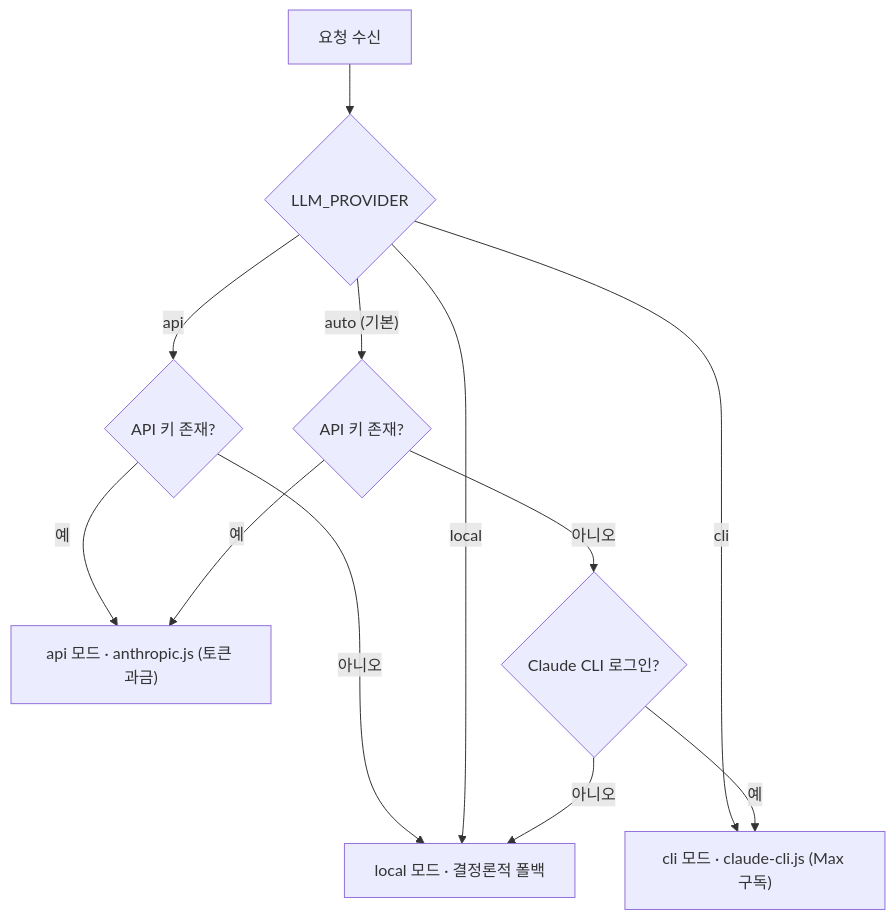
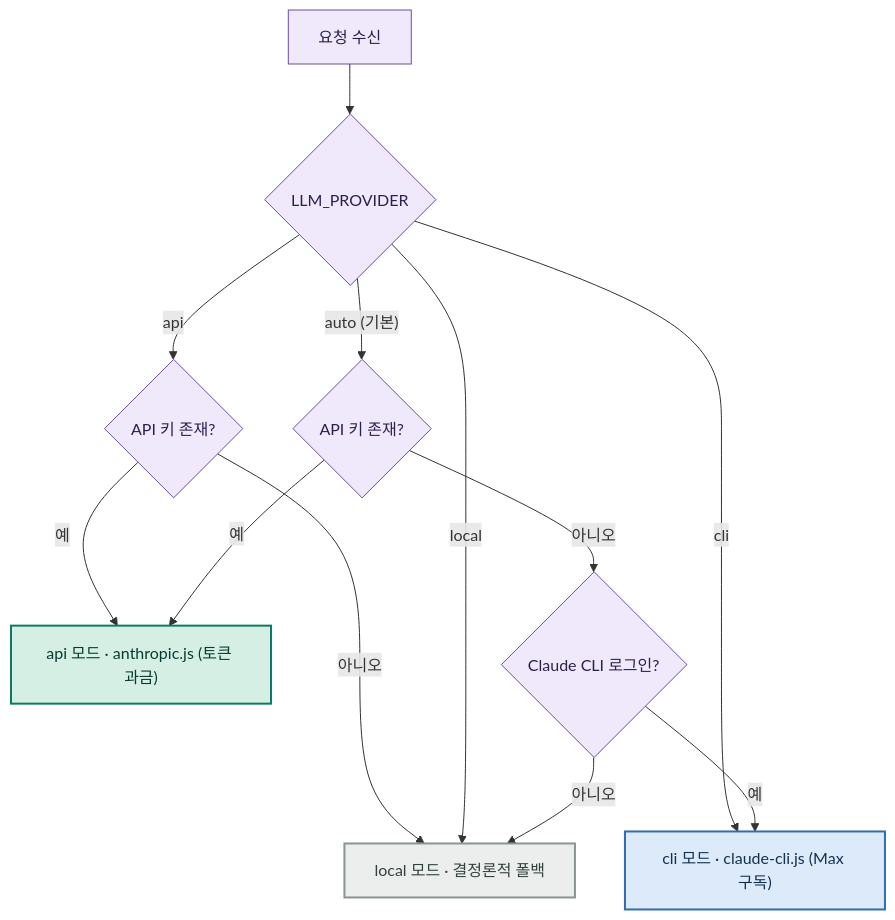
Before and after one commit to swparklab/webnovel-ip-agent: the seventh of 7 diagrams in README.md, drawn with Mermaid. The commit also changed other lines of this file, not shown here.

First line of the commit message:
docs: 워크플로우 도면 FIG.1~7에 계층별 색상(classDef) 적용

````diff
--- a/README.md
+++ b/README.md
@@ -175,14 +247,23 @@
 ```mermaid
 flowchart TB
     Start["요청 수신"] --> Q{"LLM_PROVIDER"}
     Q -->|"api"| K{"API 키 존재?"}
     K -->|"예"| API["api 모드 · anthropic.js (토큰 과금)"]
     K -->|"아니오"| LOC["local 모드 · 결정론적 폴백"]
     Q -->|"cli"| CLI["cli 모드 · claude-cli.js (Max 구독)"]
     Q -->|"local"| LOC
     Q -->|"auto (기본)"| A1{"API 키 존재?"}
     A1 -->|"예"| API
     A1 -->|"아니오"| A2{"Claude CLI 로그인?"}
     A2 -->|"예"| CLI
     A2 -->|"아니오"| LOC
+
+    classDef q fill:#efe9fb,stroke:#6b4ea5,color:#2e1f4d
+    classDef api fill:#d6efe5,stroke:#0c7b63,stroke-width:2px,color:#063d31
+    classDef cli fill:#dceafa,stroke:#2f6db0,stroke-width:2px,color:#13314f
+    classDef local fill:#eceeed,stroke:#8a958f,stroke-width:2px,color:#33403c
+    class Start,Q,K,A1,A2 q
+    class API api
+    class CLI cli
+    class LOC local
 ```
````
